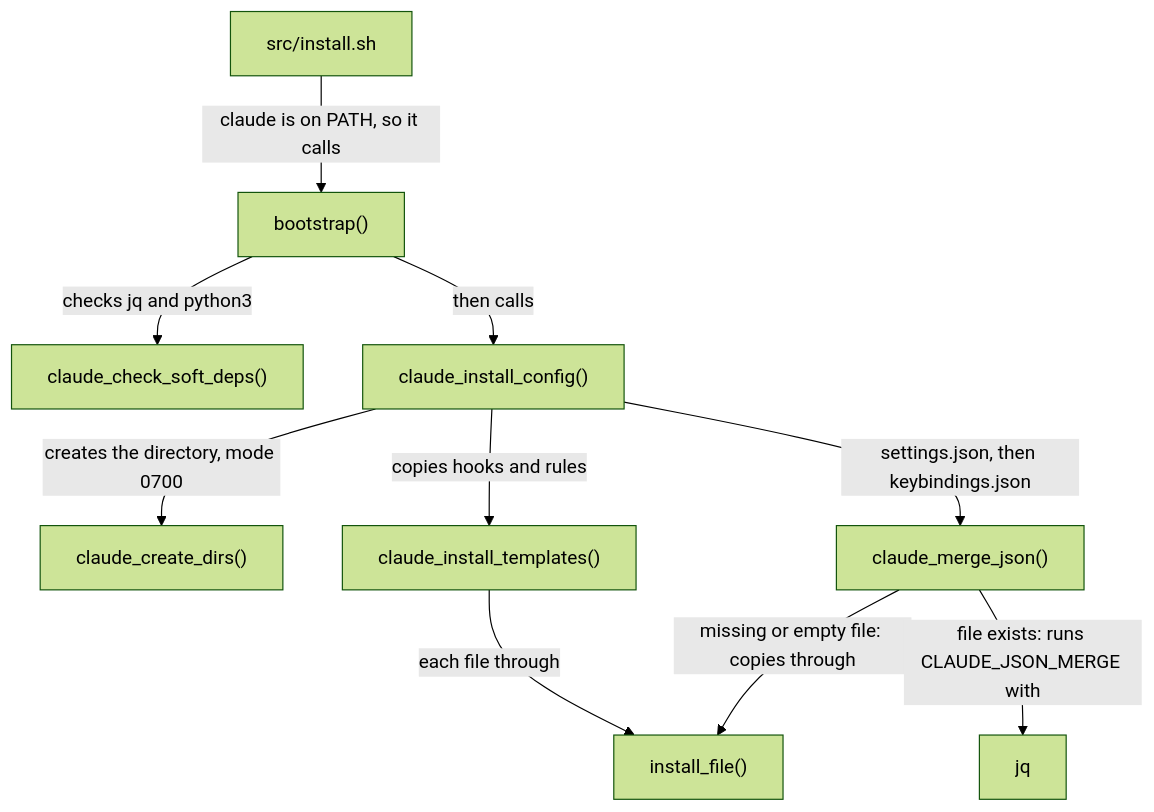
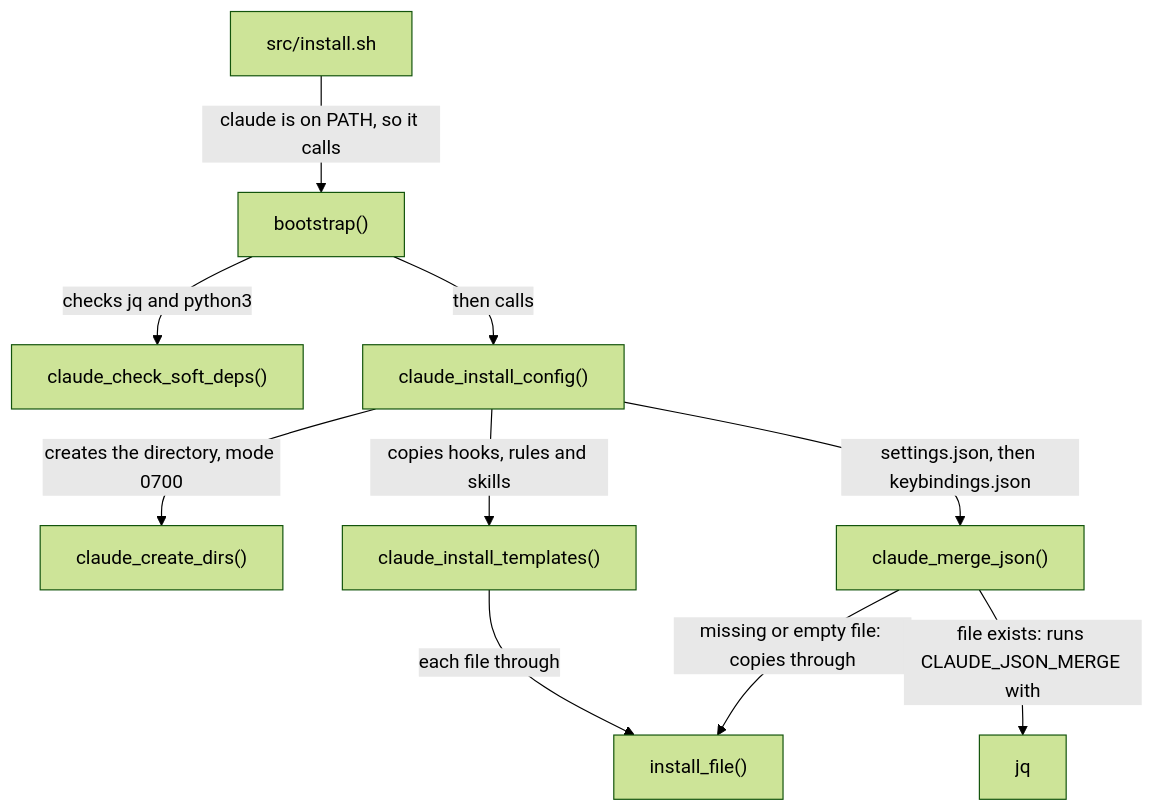
The diagram in docs/claude/overview.md (froazin/dotfiles), drawn with Mermaid (forest theme) before and after one commit. The commit also changed other lines of this file and 41 other files, not shown here.

````diff
--- a/docs/claude/overview.md
+++ b/docs/claude/overview.md
@@ -46,14 +48,14 @@
 ```mermaid
 flowchart TD
     accTitle: How the claude module installs its configuration
-    accDescr: install.sh calls bootstrap, which checks the soft dependencies and then runs claude_install_config. That creates the config directory, copies every template except the two JSON files and merges settings.json and keybindings.json with jq.
+    accDescr: install.sh calls bootstrap, which checks the soft dependencies and then runs claude_install_config. That creates the config directory, copies every template except the two JSON files, including the hooks, rules and skills, and merges settings.json and keybindings.json with jq.
     install["src/install.sh"] -->|"claude is on PATH, so it calls"| bootstrap["bootstrap()"]
     bootstrap -->|"checks jq and python3"| deps["claude_check_soft_deps()"]
     bootstrap -->|"then calls"| config["claude_install_config()"]
     config -->|"creates the directory, mode 0700"| dirs["claude_create_dirs()"]
-    config -->|"copies hooks and rules"| tpl["claude_install_templates()"]
+    config -->|"copies hooks, rules and skills"| tpl["claude_install_templates()"]
     config -->|"settings.json, then keybindings.json"| merge["claude_merge_json()"]
     tpl -->|"each file through"| install_file["install_file()"]
     merge -->|"missing or empty file: copies through"| install_file
     merge -->|"file exists: runs CLAUDE_JSON_MERGE with"| jq["jq"]
 ```
````
